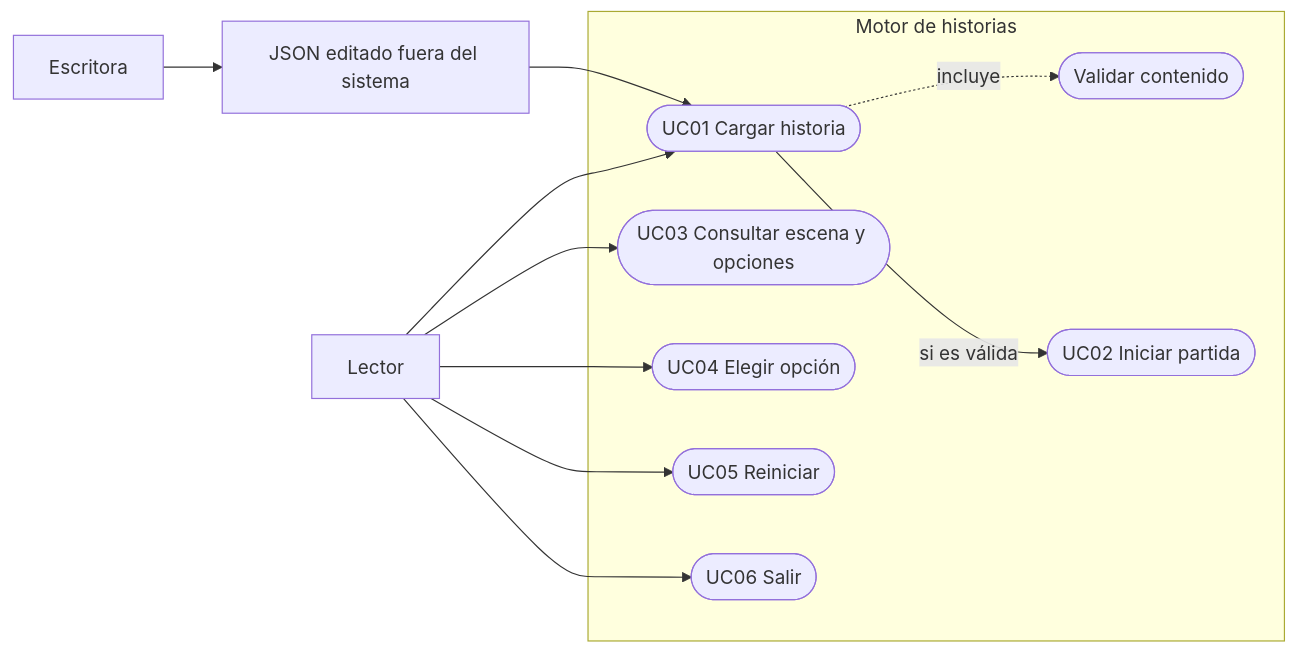
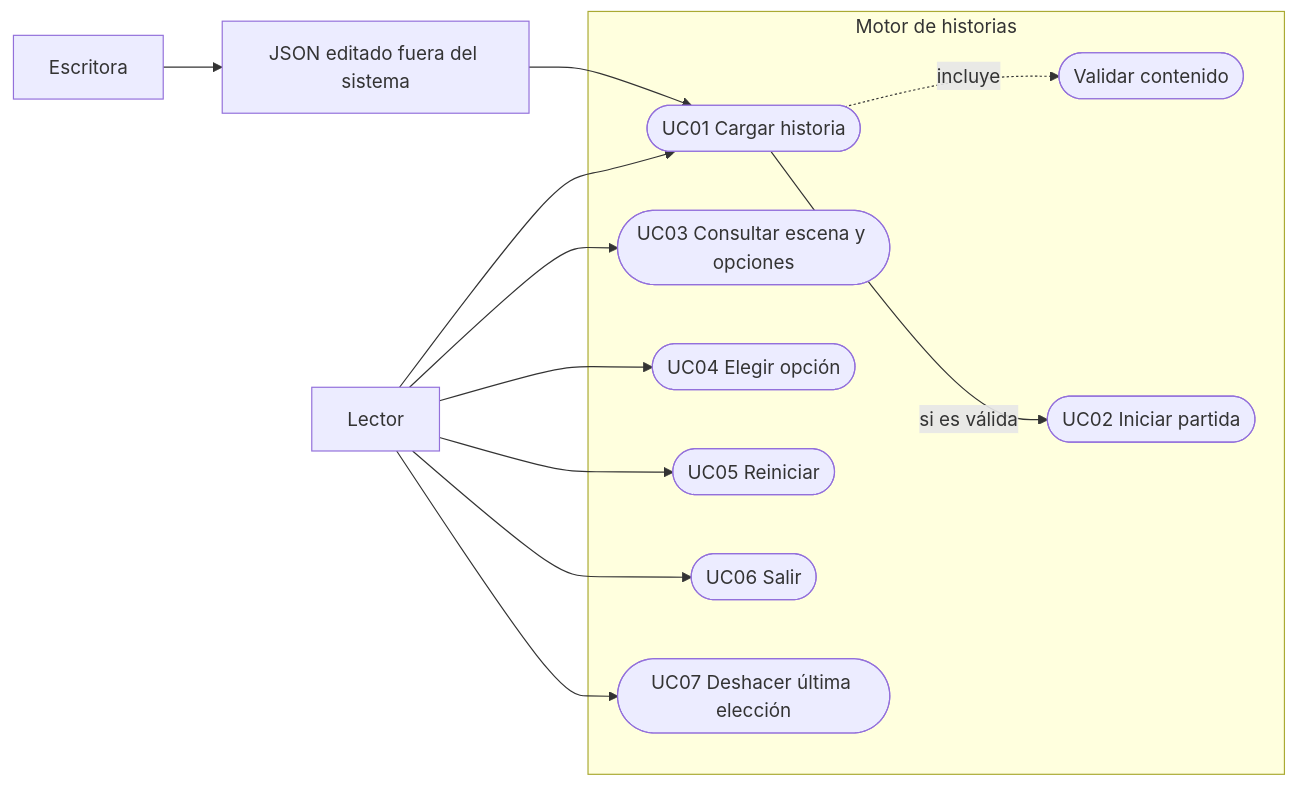
One commit to yisusfutureS/theyisus-La-ltima-transmisi-n changed the third of 6 diagrams in INFORME.md. Above: the diagram before and after it, drawn with Mermaid. The commit also changed other lines of this file and 43 other files, not shown here.

````diff
--- a/INFORME.md
+++ b/INFORME.md
@@ -478,24 +530,27 @@
 ```mermaid
 flowchart LR
     L[Lector]
     E[Escritora]
     J[JSON editado fuera del sistema]
     subgraph Sistema[Motor de historias]
       C([UC01 Cargar historia])
       V([Validar contenido])
       I([UC02 Iniciar partida])
       P([UC03 Consultar escena y opciones])
       O([UC04 Elegir opción])
       R([UC05 Reiniciar])
       S([UC06 Salir])
+      U([UC07 Deshacer última elección])
     end
     L --> C
     L --> P
     L --> O
     L --> R
     L --> S
     C -.->|incluye| V
     C -->|si es válida| I
     E --> J
     J --> C
+    L --> U
+
 ```
````
